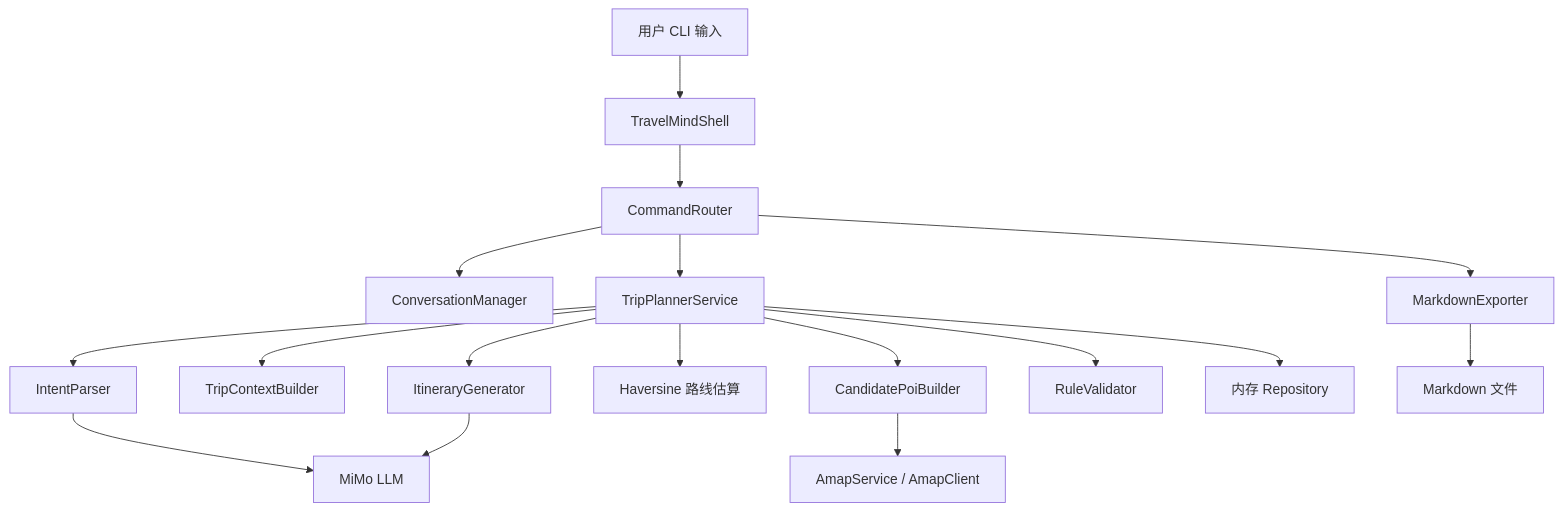
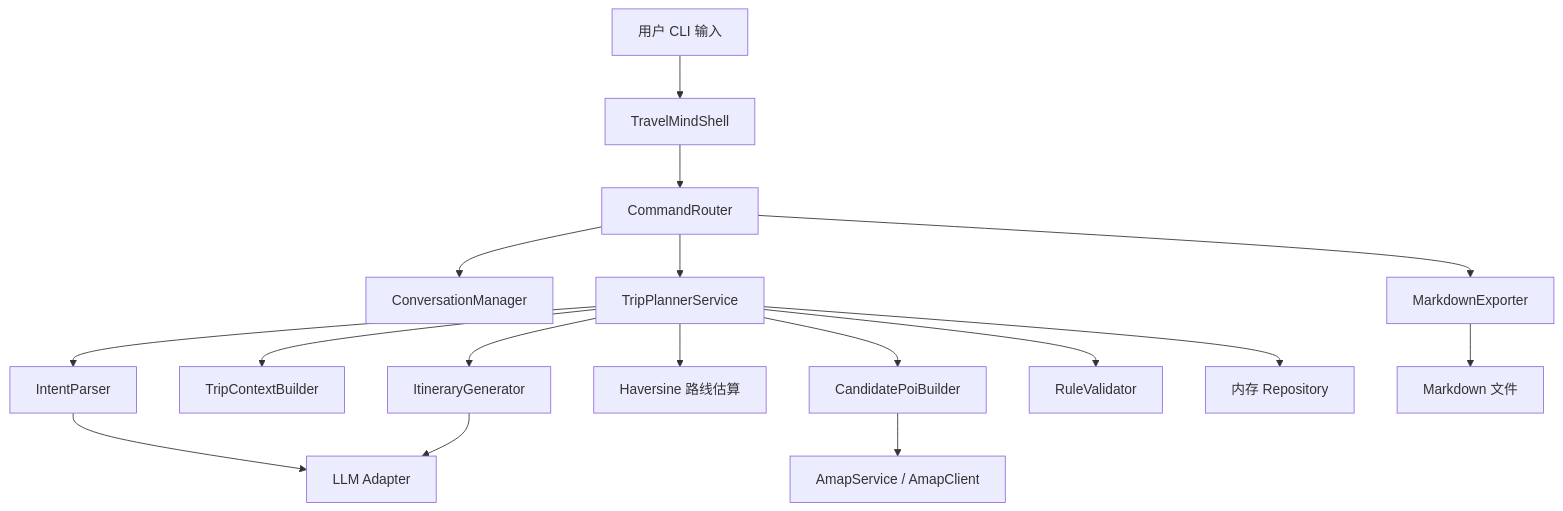
One commit to ChuanBai728/TravelMind changed the diagram in README.md. Above: the diagram before and after it, drawn with Mermaid. The commit also changed other lines of this file and 3 other files, not shown here.

````diff
--- a/README.md
+++ b/README.md
@@ -168,19 +168,19 @@
 ```mermaid
 flowchart TD
     User["用户 CLI 输入"] --> Shell["TravelMindShell"]
     Shell --> Router["CommandRouter"]
     Router --> Conversation["ConversationManager"]
     Router --> Planner["TripPlannerService"]
     Planner --> Intent["IntentParser"]
-    Intent --> LLM["MiMo LLM"]
+    Intent --> LLM["LLM Adapter"]
     Planner --> Context["TripContextBuilder"]
     Planner --> POI["CandidatePoiBuilder"]
     POI --> Amap["AmapService / AmapClient"]
     Planner --> Route["Haversine 路线估算"]
     Planner --> Generator["ItineraryGenerator"]
     Generator --> LLM
     Planner --> Validator["RuleValidator"]
     Planner --> Store["内存 Repository"]
     Router --> Exporter["MarkdownExporter"]
     Exporter --> File["Markdown 文件"]
 ```
````
